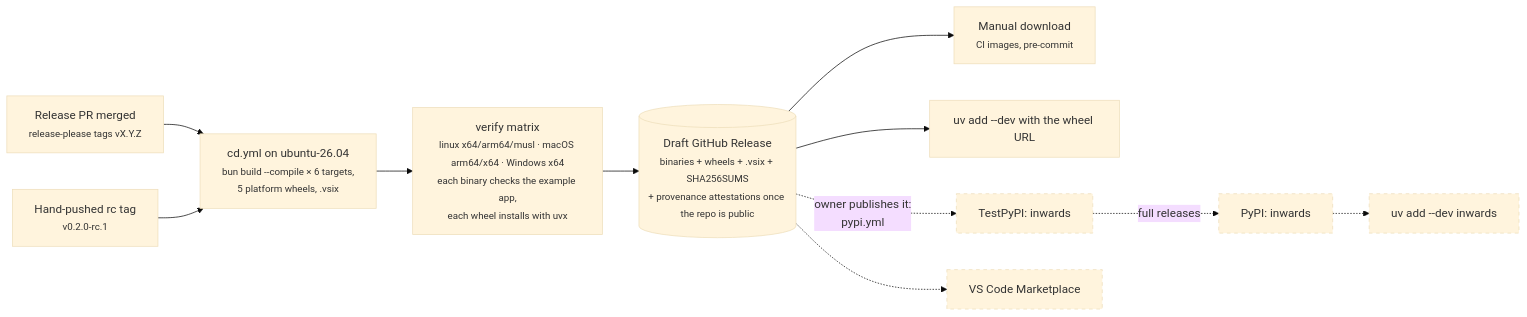
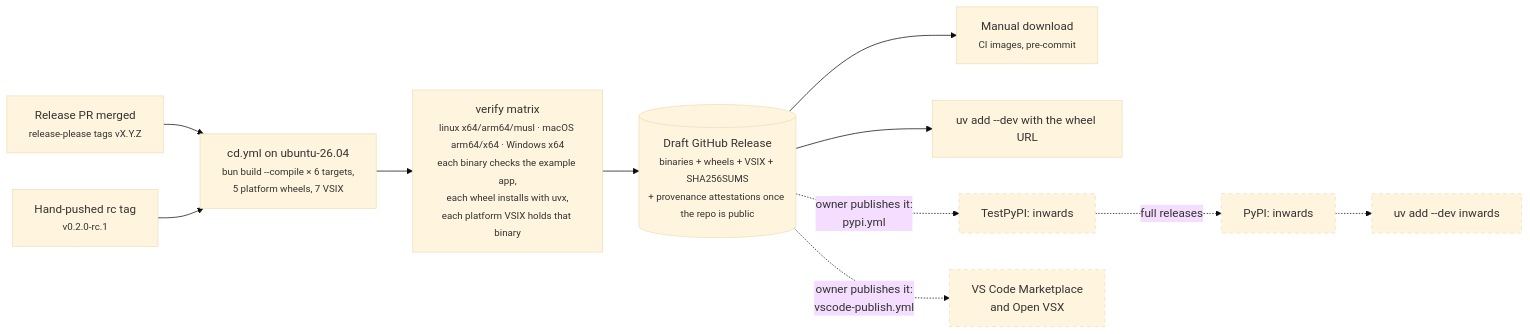
One commit to SirCypkowskyy/inwards changed the sixth of 6 diagrams in docs/chapters/03-Architecture-C4.md. Above: the diagram before and after it, drawn with Mermaid (base theme). The commit also changed other lines of this file and 52 other files, not shown here.

First line of the commit message:
feat(vscode): start inwards server from the binary bundled per platform

````diff
--- a/docs/chapters/03-Architecture-C4.md
+++ b/docs/chapters/03-Architecture-C4.md
@@ -236,16 +232,16 @@
 ```mermaid
 flowchart LR
-    pr["Release PR merged<br/><small>release-please tags vX.Y.Z</small>"] --> cd["cd.yml on ubuntu-26.04<br/><small>bun build --compile × 6 targets,<br/>5 platform wheels, .vsix</small>"]
+    pr["Release PR merged<br/><small>release-please tags vX.Y.Z</small>"] --> cd["cd.yml on ubuntu-26.04<br/><small>bun build --compile × 6 targets,<br/>5 platform wheels, 7 VSIX</small>"]
     rc["Hand-pushed rc tag<br/><small>v0.2.0-rc.1</small>"] --> cd
-    cd --> verify["verify matrix<br/><small>linux x64/arm64/musl · macOS arm64/x64 · Windows x64<br/>each binary checks the example app,<br/>each wheel installs with uvx</small>"]
-    verify --> art[("Draft GitHub Release<br/><small>binaries + wheels + .vsix + SHA256SUMS<br/>+ provenance attestations once the repo is public</small>")]
+    cd --> verify["verify matrix<br/><small>linux x64/arm64/musl · macOS arm64/x64 · Windows x64<br/>each binary checks the example app,<br/>each wheel installs with uvx,<br/>each platform VSIX holds that binary</small>"]
+    verify --> art[("Draft GitHub Release<br/><small>binaries + wheels + VSIX + SHA256SUMS<br/>+ provenance attestations once the repo is public</small>")]
     art --> manual["Manual download<br/><small>CI images, pre-commit</small>"]
     art --> uvurl["uv add --dev with the wheel URL"]
     art -.->|"owner publishes it:<br/>pypi.yml"| testpypi["TestPyPI: inwards"]
     testpypi -.->|full releases| pypi["PyPI: inwards"]
     pypi -.-> dev["uv add --dev inwards"]
-    art -.-> market["VS Code Marketplace"]
+    art -.->|"owner publishes it:<br/>vscode-publish.yml"| market["VS Code Marketplace<br/>and Open VSX"]
 
     classDef planned stroke-dasharray:5 5
     class testpypi,pypi,dev,market planned
 ```
````
